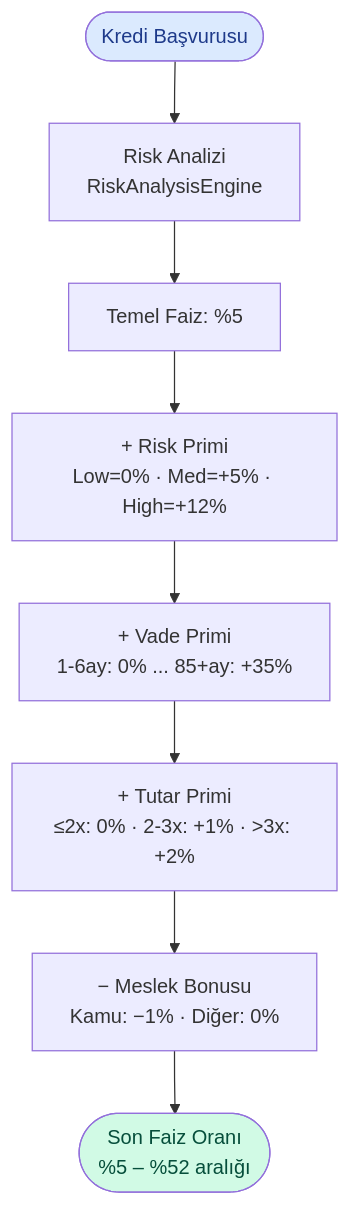
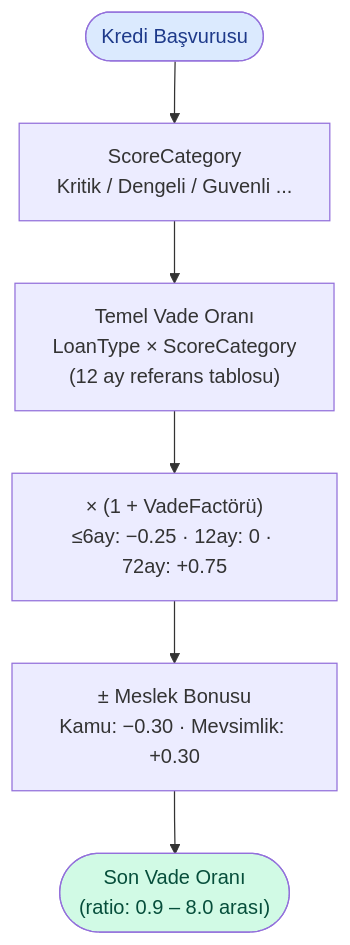
Before and after one commit to js-lover/credit-case: the third of 8 diagrams in README.md, drawn with Mermaid. The commit also changed other lines of this file and 3 other files, not shown here.

````diff
--- a/README.md
+++ b/README.md
@@ -560,13 +553,11 @@
 ```mermaid
 flowchart TD
-    START([Kredi Başvurusu]) --> RISK[Risk Analizi\nRiskAnalysisEngine]
-    RISK --> BASE["Temel Faiz: %5"]
-    BASE --> RP["+ Risk Primi\nLow=0% · Med=+5% · High=+12%"]
-    RP --> VP["+ Vade Primi\n1-6ay: 0% ... 85+ay: +35%"]
-    VP --> TP["+ Tutar Primi\n≤2x: 0% · 2-3x: +1% · >3x: +2%"]
-    TP --> MB["− Meslek Bonusu\nKamu: −1% · Diğer: 0%"]
-    MB --> RATE(["Son Faiz Oranı\n%5 – %52 aralığı"])
+    START([Kredi Başvurusu]) --> CAT["ScoreCategory\nKritik / Dengeli / Guvenli ..."]
+    CAT --> BASE["Temel Vade Oranı\nLoanType × ScoreCategory\n(12 ay referans tablosu)"]
+    BASE --> TF["× (1 + VadeFactörü)\n≤6ay: −0.25 · 12ay: 0 · 72ay: +0.75"]
+    TF --> MB["± Meslek Bonusu\nKamu: −0.30 · Mevsimlik: +0.30"]
+    MB --> RATE(["Son Vade Oranı\n(ratio: 0.9 – 8.0 arası)"])
 
     style START fill:#dbeafe,color:#1e3a8a
     style RATE fill:#d1fae5,color:#064e3b
 ```
````
